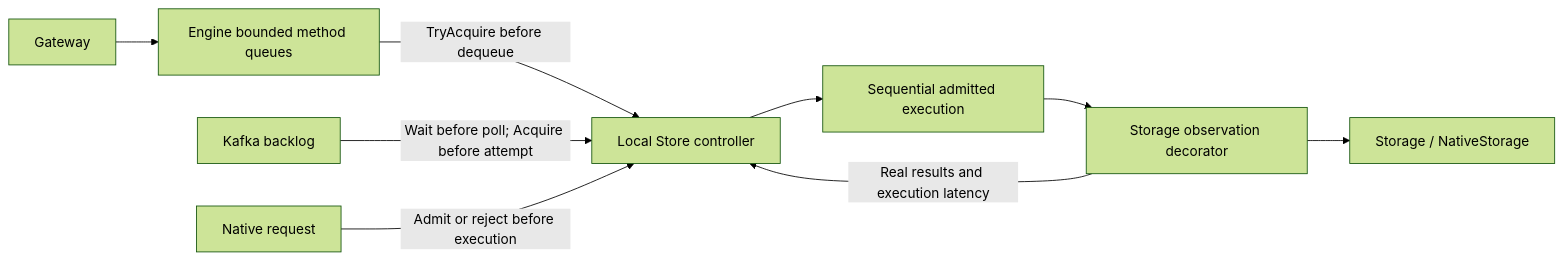
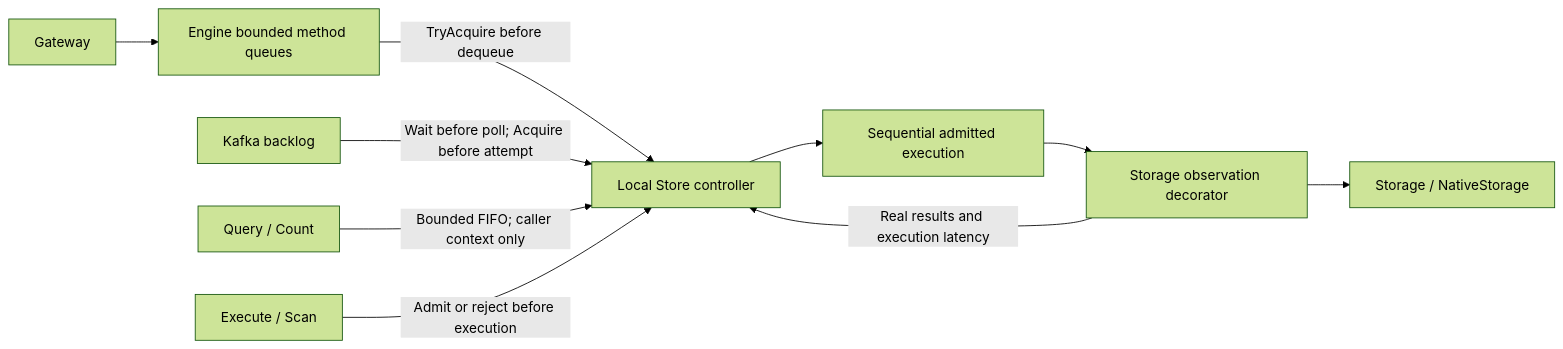
The diagram in docs/design/store-backpressure.md (batchstream/sink), drawn with Mermaid (forest theme) before and after one commit. The commit also changed other lines of this file and 20 other files, not shown here.

First line of the commit message:
Avoid rejecting healthy Query and Count bursts at Store admission (#128)

````diff
--- a/docs/design/store-backpressure.md
+++ b/docs/design/store-backpressure.md
@@ -18,11 +19,12 @@
 ```mermaid
 flowchart LR
     G[Gateway] --> Q[Engine bounded method queues]
     Q -->|TryAcquire before dequeue| C[Local Store controller]
     K[Kafka backlog] -->|Wait before poll; Acquire before attempt| C
-    N[Native request] -->|Admit or reject before execution| C
+    R[Query / Count] -->|Bounded FIFO; caller context only| C
+    N[Execute / Scan] -->|Admit or reject before execution| C
     C --> E[Sequential admitted execution]
     E --> O[Storage observation decorator]
     O --> S[Storage / NativeStorage]
     O -->|Real results and execution latency| C
 ```
````
